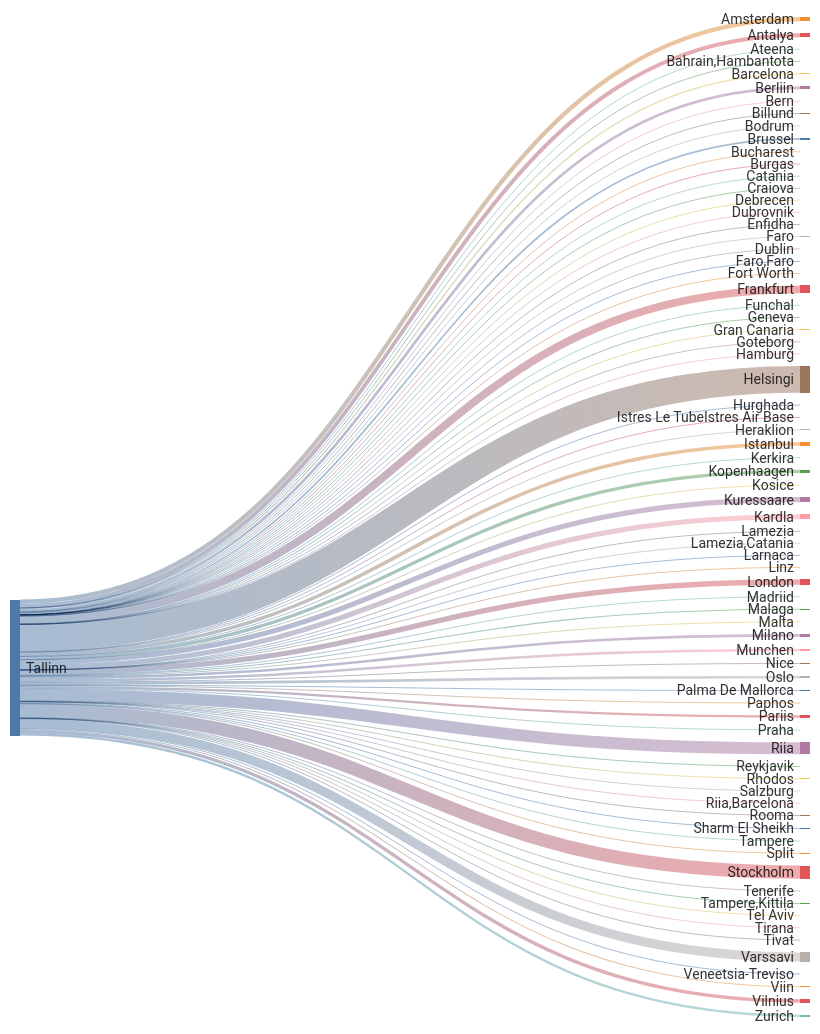
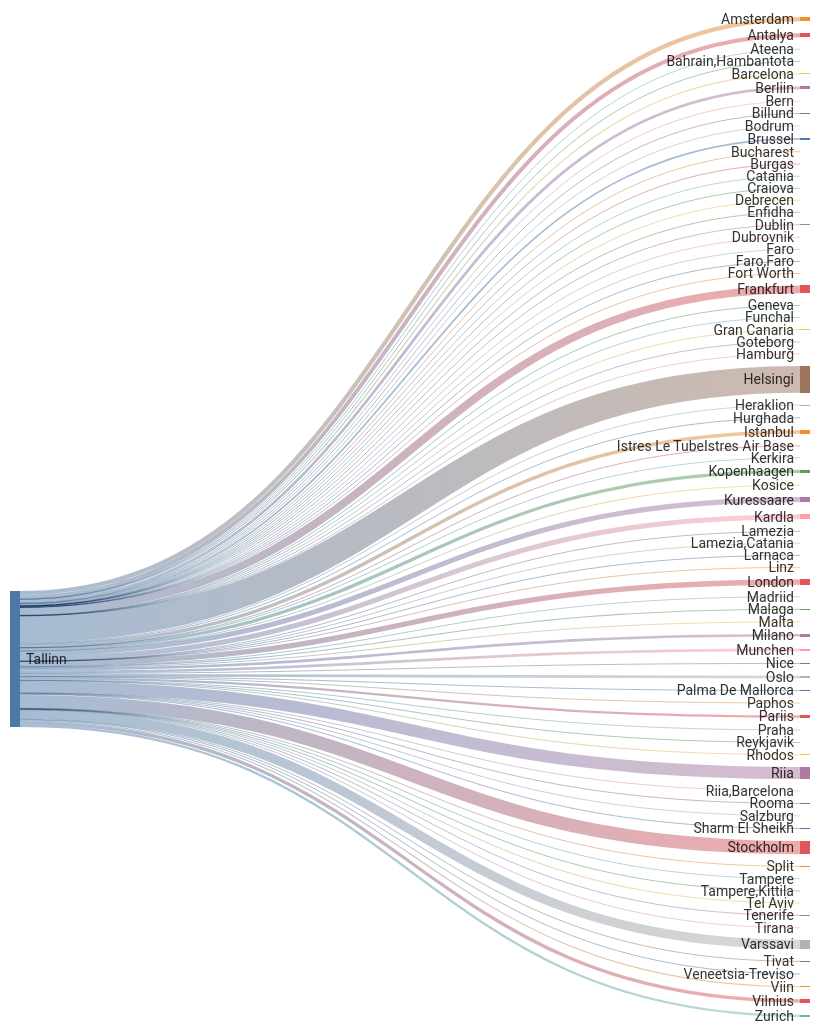
One commit to rainermesi/tll-airport-departures changed the second of 2 diagrams in README.md. Above: the diagram before and after it, drawn with Mermaid. The commit also changed other lines of this file and 1 other file, not shown here.

````diff
--- a/README.md
+++ b/README.md
@@ -41,18 +41,18 @@
 ---
 sankey-beta
 %% source,target,value
-Tallinn,Amsterdam,421
-Tallinn,Antalya,393
+Tallinn,Amsterdam,423
+Tallinn,Antalya,394
 Tallinn,Ateena,16
 Tallinn,"Bahrain,Hambantota",1
 Tallinn,Barcelona,117
-Tallinn,Berliin,270
+Tallinn,Berliin,272
 Tallinn,Bern,1
 Tallinn,Billund,68
 Tallinn,Bodrum,11
-Tallinn,Brussel,169
+Tallinn,Brussel,170
 Tallinn,Bucharest,1
-Tallinn,Burgas,45
+Tallinn,Burgas,46
 Tallinn,Catania,2
 Tallinn,Craiova,1
 Tallinn,Debrecen,1
@@ -62,58 +62,58 @@
 Tallinn,Faro,4
 Tallinn,"Faro,Faro",1
 Tallinn,Fort Worth,1
-Tallinn,Frankfurt,786
+Tallinn,Frankfurt,789
 Tallinn,Funchal,5
 Tallinn,Geneva,13
 Tallinn,Gran Canaria,38
 Tallinn,Goteborg,1
 Tallinn,Hamburg,2
-Tallinn,Helsingi,2671
+Tallinn,Helsingi,2681
 Tallinn,Heraklion,82
 Tallinn,Hurghada,75
-Tallinn,Istanbul,350
+Tallinn,Istanbul,351
 Tallinn,Istres Le TubeIstres Air Base,2
 Tallinn,Kerkira,4
 Tallinn,Kopenhaagen,322
 Tallinn,Kosice,1
-Tallinn,Kuressaare,509
-Tallinn,Kardla,509
+Tallinn,Kuressaare,511
+Tallinn,Kardla,511
 Tallinn,Lamezia,1
 Tallinn,"Lamezia,Catania",3
 Tallinn,Larnaca,4
 Tallinn,Linz,2
-Tallinn,London,529
+Tallinn,London,531
 Tallinn,Madriid,1
 Tallinn,Malaga,106
 Tallinn,Malta,24
 Tallinn,Milano,263
-Tallinn,Munchen,261
+Tallinn,Munchen,263
 Tallinn,Nice,43
-Tallinn,Oslo,273
+Tallinn,Oslo,274
 Tallinn,Palma De Mallorca,28
 Tallinn,Paphos,66
-Tallinn,Pariis,226
-Tallinn,Praha,72
+Tallinn,Pariis,228
+Tallinn,Praha,73
 Tallinn,Reykjavik,11
-Tallinn,Rhodos,50
-Tallinn,Riia,1198
+Tallinn,Rhodos,51
+Tallinn,Riia,1202
 Tallinn,"Riia,Barcelona",1
 Tallinn,Rooma,80
 Tallinn,Salzburg,14
 Tallinn,Sharm El Sheikh,99
-Tallinn,Split,43
-Tallinn,Stockholm,1323
+Tallinn,Split,44
+Tallinn,Stockholm,1326
 Tallinn,Tampere,17
 Tallinn,"Tampere,Kittila",21
 Tallinn,Tel Aviv,2
 Tallinn,Tenerife,58
-Tallinn,Tirana,24
+Tallinn,Tirana,25
 Tallinn,Tivat,53
-Tallinn,Varssavi,919
+Tallinn,Varssavi,923
 Tallinn,Veneetsia-Treviso,67
 Tallinn,Viin,106
-Tallinn,Vilnius,331
-Tallinn,Zurich,232
+Tallinn,Vilnius,332
+Tallinn,Zurich,233
 
 
 ```
````
